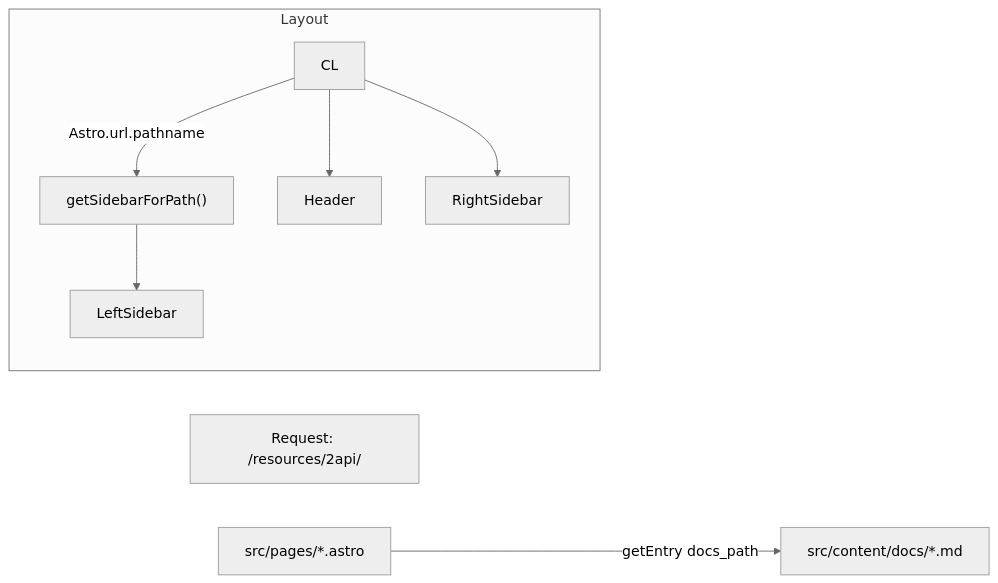
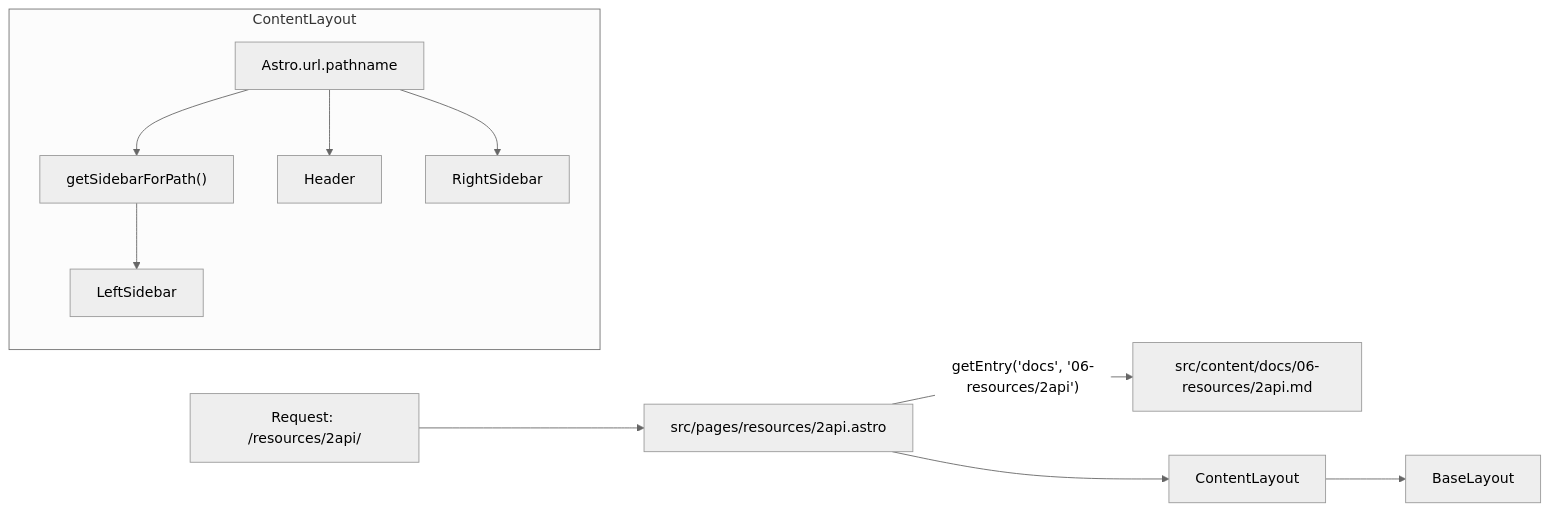
Before and after one commit to zhu-jl18/Fish-AI-Handbook: the diagram in README.md, drawn with Mermaid (neutral theme).

Commit message:
fix(readme): mermaid diagram matches actual codebase architecture

````diff
--- a/README.md
+++ b/README.md
@@ -36,12 +36,16 @@
 ```mermaid
 %% 组件与数据流原理（示意）
 flowchart LR
 URL["Request: /resources/2api/"]
-  subgraph Layout
-    CL -->|Astro.url.pathname| SB["getSidebarForPath()"]
+URL --> PG["src/pages/resources/2api.astro"]
+PG -->|"getEntry('docs', '06-resources/2api')"| MD["src/content/docs/06-resources/2api.md"]
+PG --> CL["ContentLayout"]
+  subgraph ContentLayout
+    direction TB
+    PATH["Astro.url.pathname"] --> SB["getSidebarForPath()"]
     SB --> LS["LeftSidebar"]
-    CL --> HD["Header"]
-    CL --> RS["RightSidebar"]
+    PATH --> HD["Header"]
+    PATH --> RS["RightSidebar"]
   end
-  PG["src/pages/*.astro"] -->|getEntry docs_path| MD["src/content/docs/*.md"]
+CL --> BL["BaseLayout"]
 ```
````
